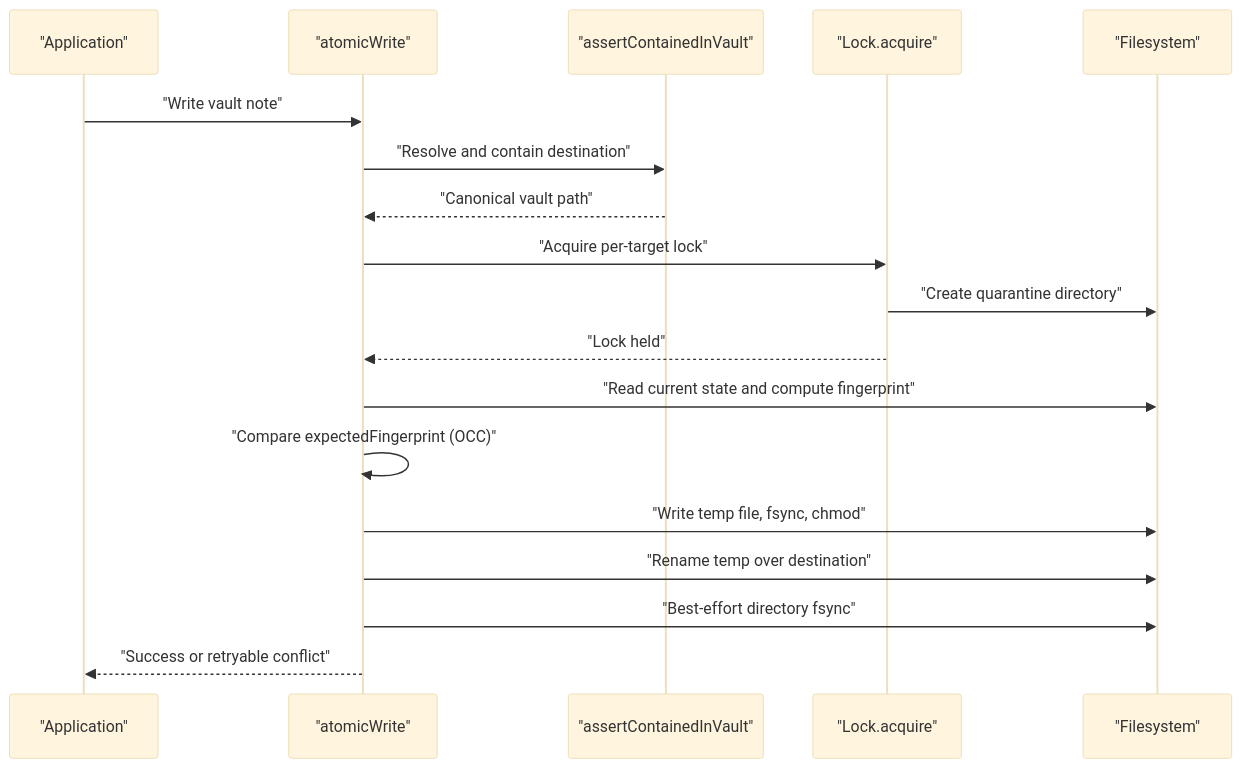
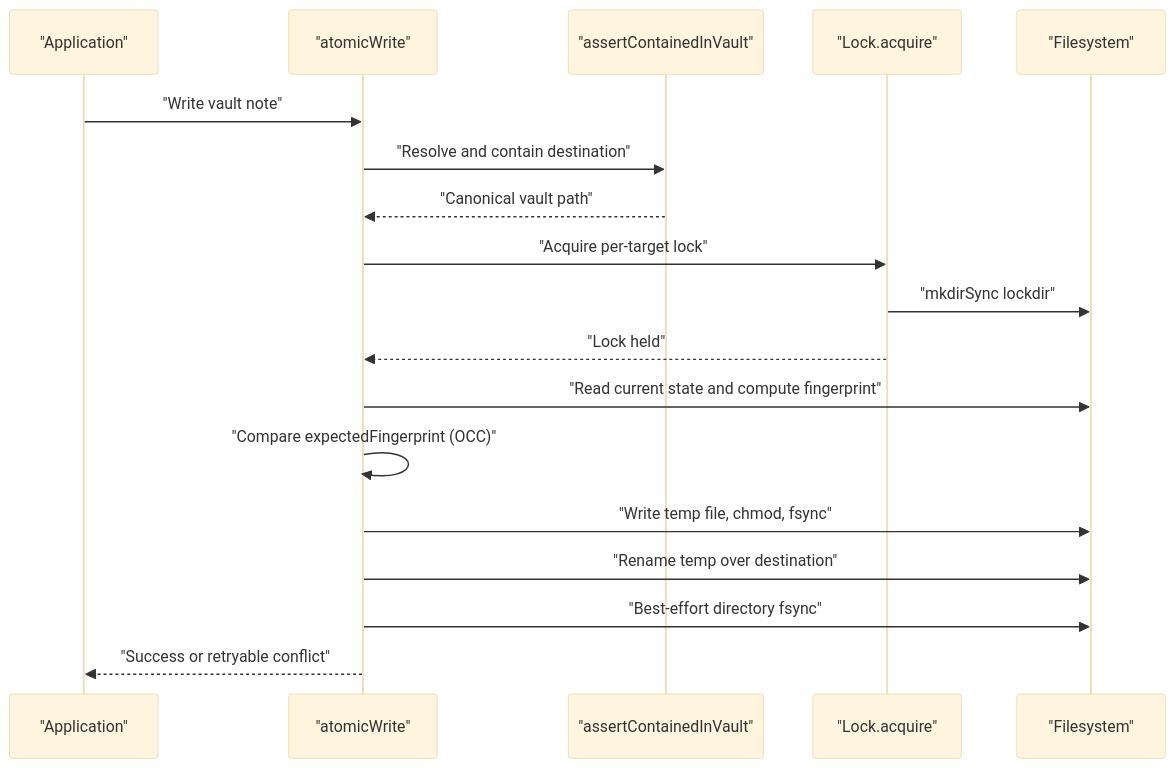
The second of 8 diagrams in Architecture Overview/Security and Concurrency Model.md (Kuldeep2822k/palee-architecture), drawn with Mermaid (base theme) before and after one commit. The commit also changed other lines of this file and 76 other files, not shown here.

````diff
--- a/Architecture Overview/Security and Concurrency Model.md
+++ b/Architecture Overview/Security and Concurrency Model.md
@@ -103,21 +81,21 @@
 ```mermaid
 sequenceDiagram
     participant App as "Application"
     participant Writer as "atomicWrite"
     participant Guard as "assertContainedInVault"
     participant Locker as "Lock.acquire"
     participant Disk as "Filesystem"
 
     App->>Writer: "Write vault note"
     Writer->>Guard: "Resolve and contain destination"
     Guard-->>Writer: "Canonical vault path"
     Writer->>Locker: "Acquire per-target lock"
-    Locker->>Disk: "Create quarantine directory"
+    Locker->>Disk: "mkdirSync lockdir"
     Locker-->>Writer: "Lock held"
     Writer->>Disk: "Read current state and compute fingerprint"
     Writer->>Writer: "Compare expectedFingerprint (OCC)"
-    Writer->>Disk: "Write temp file, fsync, chmod"
+    Writer->>Disk: "Write temp file, chmod, fsync"
     Writer->>Disk: "Rename temp over destination"
     Writer->>Disk: "Best-effort directory fsync"
     Writer-->>App: "Success or retryable conflict"
 ```
````
